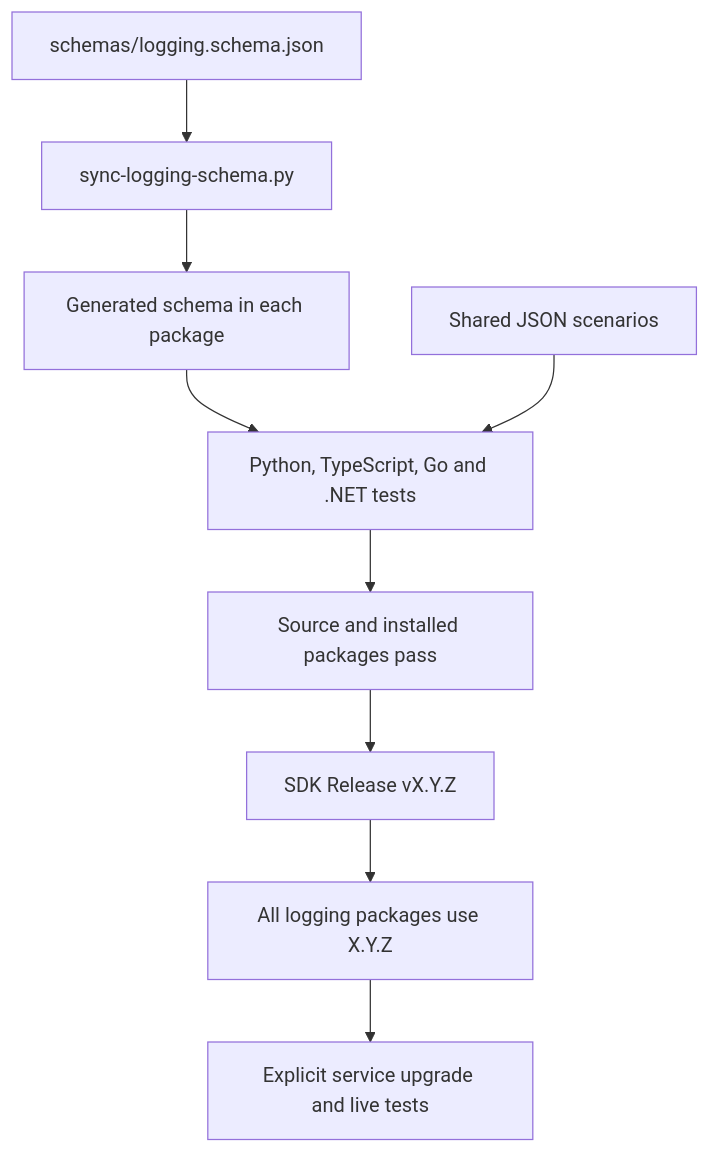
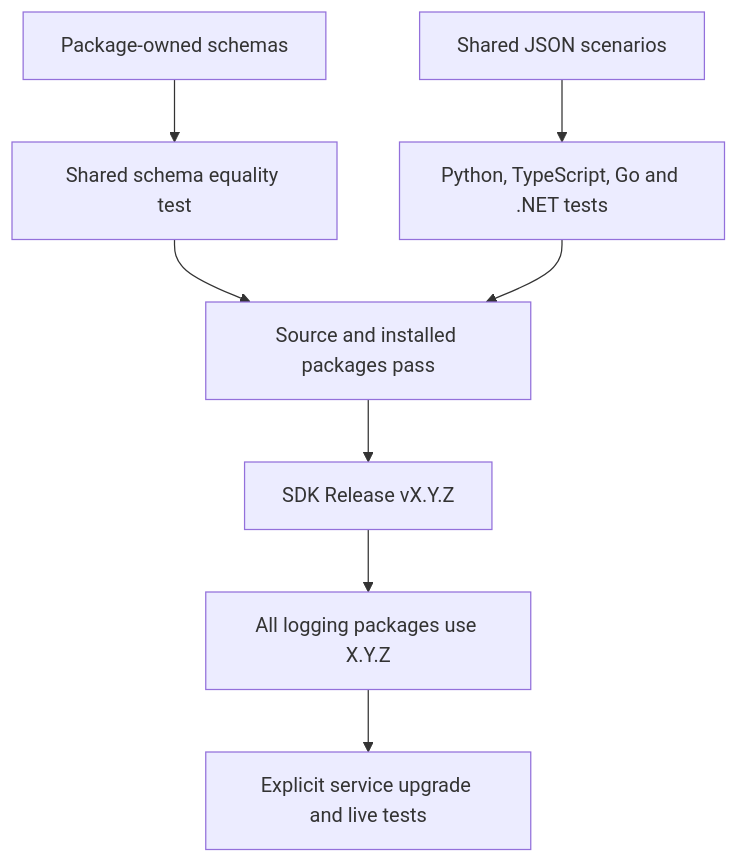
Before and after one commit to onenexus-team/onenexus-sdks: the diagram in docs/logging.md, drawn with Mermaid. The commit also changed other lines of this file and 22 other files, not shown here.

Commit message:
Restore package-owned logging schemas with equality checks

````diff
--- a/docs/logging.md
+++ b/docs/logging.md
@@ -6,11 +6,10 @@
 ```mermaid
 flowchart TD
-    Schema[schemas/logging.schema.json] --> Generate[sync-logging-schema.py]
-    Generate --> Copies[Generated schema in each package]
-    Copies --> Tests
+    Schemas[Package-owned schemas] --> Equality[Shared schema equality test]
+    Equality --> Gate
     Cases[Shared JSON scenarios] --> Tests[Python, TypeScript, Go and .NET tests]
     Tests --> Gate[Source and installed packages pass]
     Gate --> Release[SDK Release vX.Y.Z]
     Release --> Packages[All logging packages use X.Y.Z]
     Packages --> Service[Explicit service upgrade and live tests]
 ```
````
